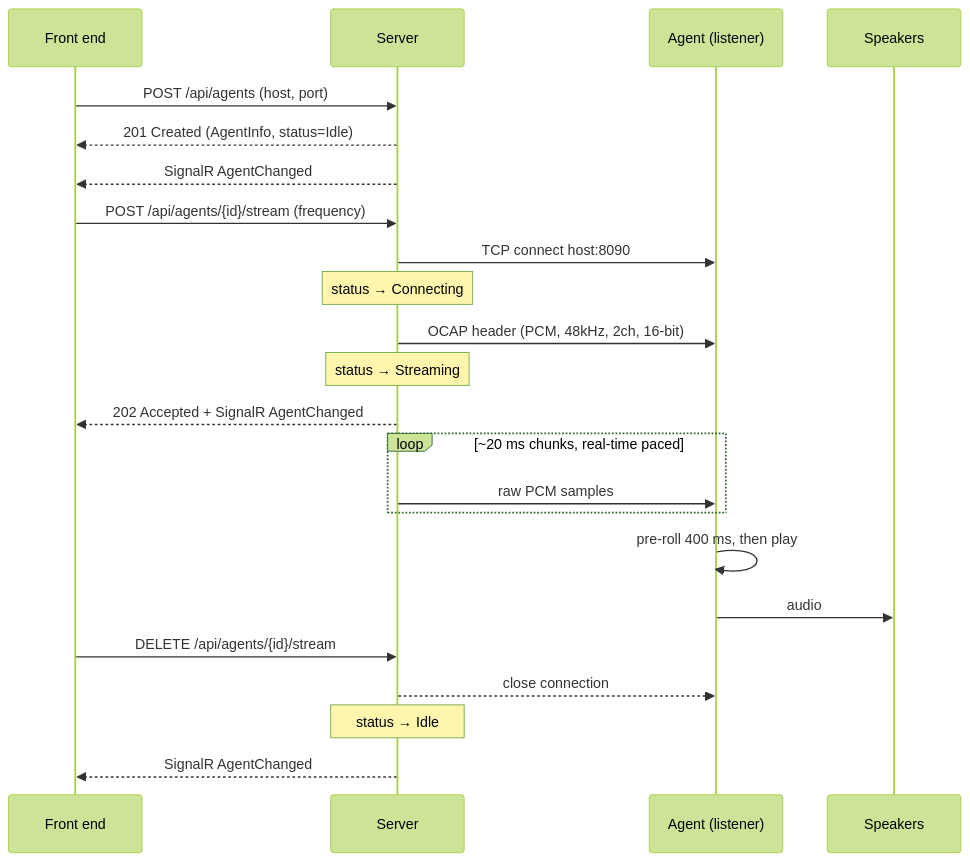
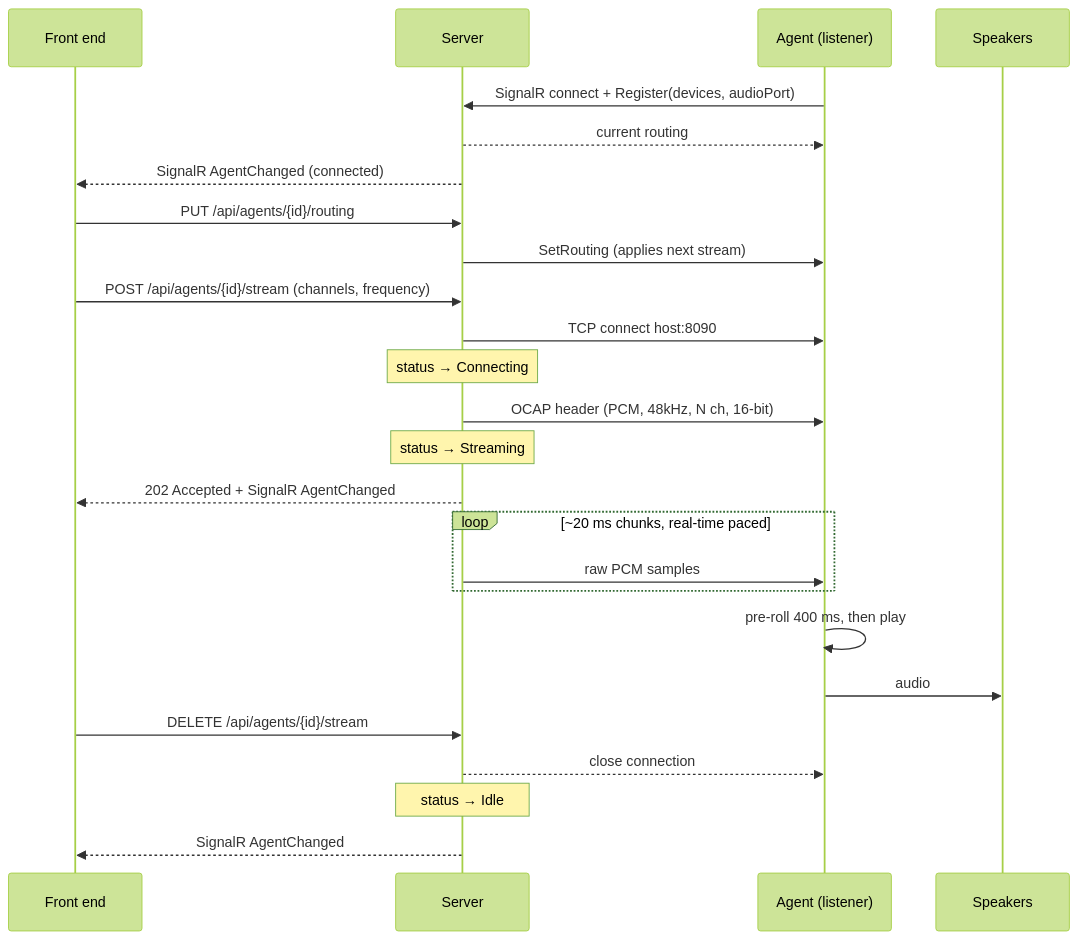
The second of 2 diagrams in docs/architecture.md (WarpSpideR/Oceana), drawn with Mermaid (forest theme) before and after one commit. The commit also changed other lines of this file and 40 other files, not shown here.

````diff
--- a/docs/architecture.md
+++ b/docs/architecture.md
@@ -57,27 +63,30 @@
 ```mermaid
 sequenceDiagram
     participant UI as Front end
     participant S as Server
     participant A as Agent (listener)
     participant Spk as Speakers
 
-    UI->>S: POST /api/agents (host, port)
-    S-->>UI: 201 Created (AgentInfo, status=Idle)
-    S-->>UI: SignalR AgentChanged
+    A->>S: SignalR connect + Register(devices, audioPort)
+    S-->>A: current routing
+    S-->>UI: SignalR AgentChanged (connected)
 
-    UI->>S: POST /api/agents/{id}/stream (frequency)
+    UI->>S: PUT /api/agents/{id}/routing
+    S->>A: SetRouting (applies next stream)
+
+    UI->>S: POST /api/agents/{id}/stream (channels, frequency)
     S->>A: TCP connect host:8090
     Note over S: status → Connecting
-    S->>A: OCAP header (PCM, 48kHz, 2ch, 16-bit)
+    S->>A: OCAP header (PCM, 48kHz, N ch, 16-bit)
     Note over S: status → Streaming
     S-->>UI: 202 Accepted + SignalR AgentChanged
     loop ~20 ms chunks, real-time paced
         S->>A: raw PCM samples
     end
     A->>A: pre-roll 400 ms, then play
     A->>Spk: audio
     UI->>S: DELETE /api/agents/{id}/stream
     S-->>A: close connection
     Note over S: status → Idle
     S-->>UI: SignalR AgentChanged
 ```
````
